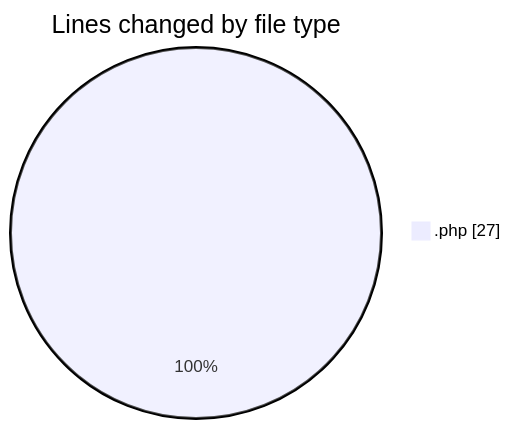
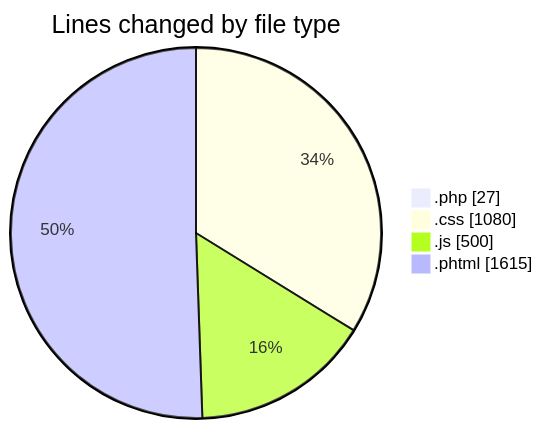
Before and after one commit to lephambinh05/code-tracking: the first of 2 diagrams in 2025-09-18/forum_cybernix_vn/README.md, drawn with Mermaid. The commit also changed other lines of this file and 1 other file, not shown here.

````diff
--- a/2025-09-18/forum_cybernix_vn/README.md
+++ b/2025-09-18/forum_cybernix_vn/README.md
@@ -20,5 +24,8 @@
 ```mermaid
 pie showData
 title Lines changed by file type
 ".php" : 27
+".css" : 1080
+".js" : 500
+".phtml" : 1615
 ```
````
